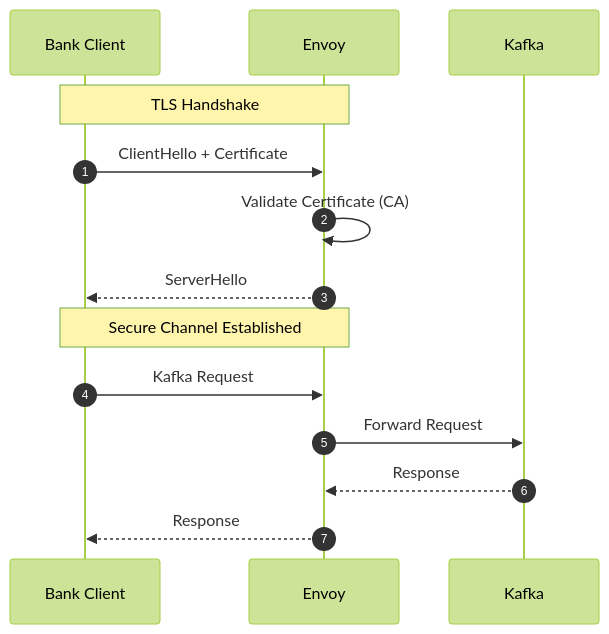
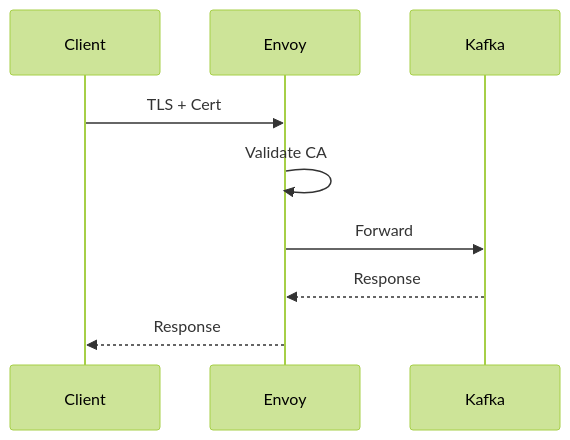
One commit to rajasekar21/kafka-kraft-envoy-platform changed the second of 3 diagrams in README.md. Above: the diagram before and after it, drawn with Mermaid (forest theme). The commit also changed other lines of this file, not shown here.

````diff
--- a/README.md
+++ b/README.md
@@ -81,20 +64,8 @@
-```mermaid
+```mermaid id="arch02"
 sequenceDiagram
-    autonumber
-    participant Client as Bank Client
-    participant Envoy
-    participant Kafka
-
-    Note over Client,Envoy: TLS Handshake
-
-    Client->>Envoy: ClientHello + Certificate
-    Envoy->>Envoy: Validate Certificate (CA)
-    Envoy-->>Client: ServerHello
-
-    Note over Client,Envoy: Secure Channel Established
-
-    Client->>Envoy: Kafka Request
-    Envoy->>Kafka: Forward Request
+    Client->>Envoy: TLS + Cert
+    Envoy->>Envoy: Validate CA
+    Envoy->>Kafka: Forward
     Kafka-->>Envoy: Response
     Envoy-->>Client: Response
 ```
````
